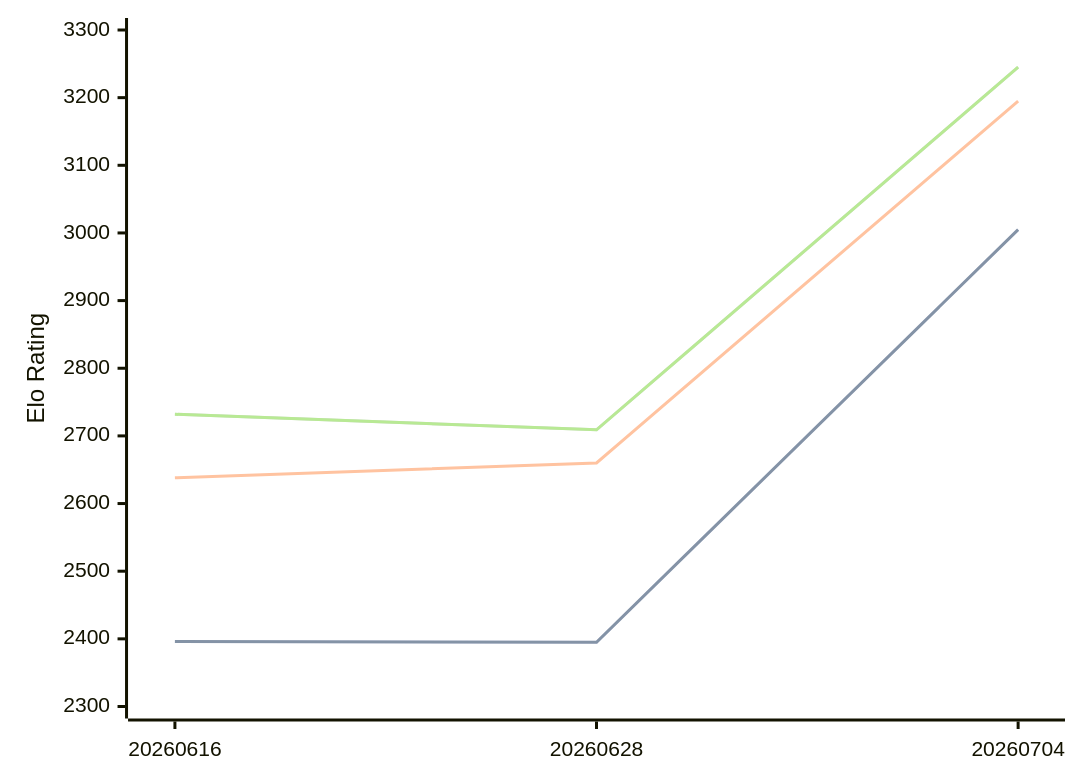
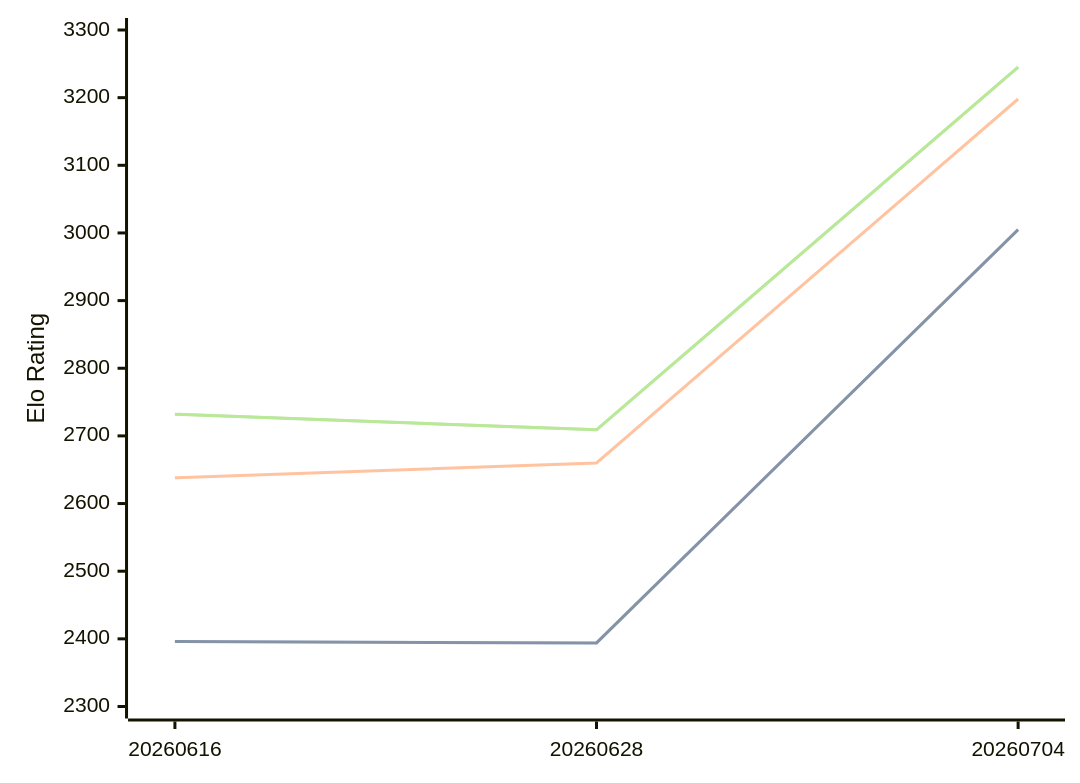
One commit to computer-chess-index/cci changed the diagram in engines/Askaig.md. Above: the diagram before and after it, drawn with Mermaid. The commit also changed other lines of this file, not shown here.

````diff
--- a/engines/Askaig.md
+++ b/engines/Askaig.md
@@ -35,11 +35,11 @@
 ```mermaid
 %%{init: {"theme":"base","themeVariables":{"seriesColors:['#a3a3a3','#222221','#faa371']}}}%%
 xychart-beta
   x-axis ["20260616", "20260628", "20260704"]
   y-axis "Elo Rating" 2300 --> 3300
-  line "STC (8.0+0.08s)" [2396, 2395, 3005]
-  line "STC (8.0+0.08s)" [2396, 2395, 3005]
-  line "LTC (60.0+0.60s)" [2638, 2660, 3195]
+  line "STC (8.0+0.08s)" [2396, 2394, 3005]
+  line "STC (8.0+0.08s)" [2396, 2394, 3005]
+  line "LTC (60.0+0.60s)" [2638, 2660, 3198]
   line "VLTC (2m24s+1.12s)" [2732, 2709, 3245]
   line "VLTC (2m24s+1.12s)" [2732, 2709, 3245]
 ```
````
